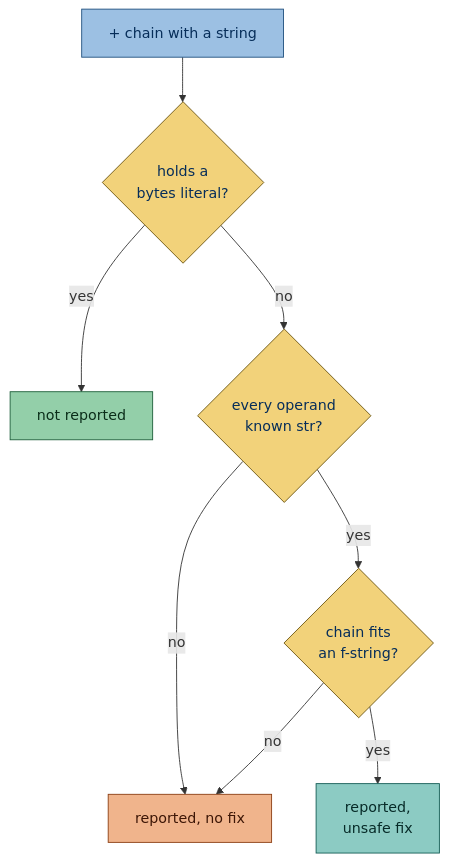
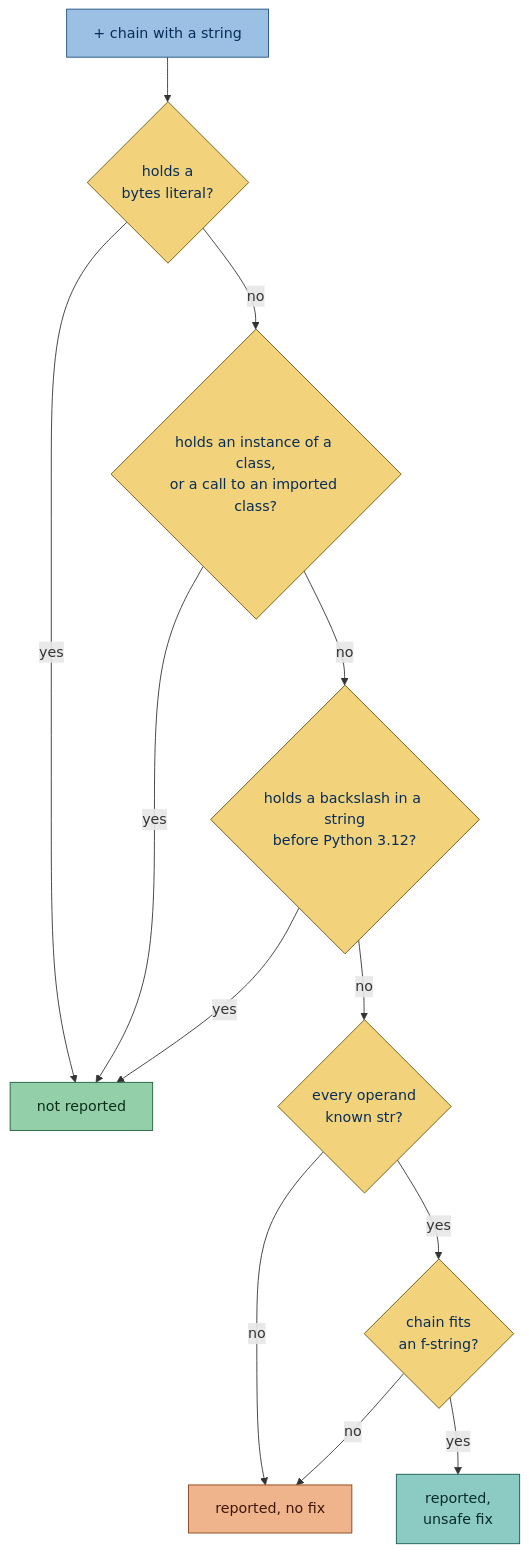
The diagram in src/rules/logic/string_concatenation.md (gaborbernat/simplint), drawn with Mermaid before and after one commit. The commit also changed other lines of this file and 492 other files, not shown here.

````diff
--- a/src/rules/logic/string_concatenation.md
+++ b/src/rules/logic/string_concatenation.md
@@ -109,20 +146,24 @@
 ```mermaid
 flowchart TD
     chain["+ chain with a string"] --> bytes{"holds a<br/>bytes literal?"}
     bytes -->|yes| skip["not reported"]
-    bytes -->|no| known{"every operand<br/>known str?"}
+    bytes -->|no| instance{"holds an instance of a class,<br/>or a call to an imported class?"}
+    instance -->|yes| skip
+    instance -->|no| target{"holds a backslash in a string<br/>before Python 3.12?"}
+    target -->|yes| skip
+    target -->|no| known{"every operand<br/>known str?"}
     known -->|no| none["reported, no fix"]
     known -->|yes| fits{"chain fits<br/>an f-string?"}
     fits -->|no| none
     fits -->|yes| fix["reported,<br/>unsafe fix"]
     classDef blue fill:#9cc0e3,stroke:#1f4f7d,color:#062d59
     classDef yellow fill:#f2d27a,stroke:#6b5410,color:#062d59
     classDef green fill:#93cfa9,stroke:#1d5e3a,color:#0b2e1a
     classDef teal fill:#8ccbc3,stroke:#145c55,color:#072b28
     classDef orange fill:#f0b48c,stroke:#8a3d12,color:#3d1606
     class chain blue
-    class bytes,known,fits yellow
+    class bytes,instance,target,known,fits yellow
     class skip green
     class none orange
     class fix teal
 ```
````
